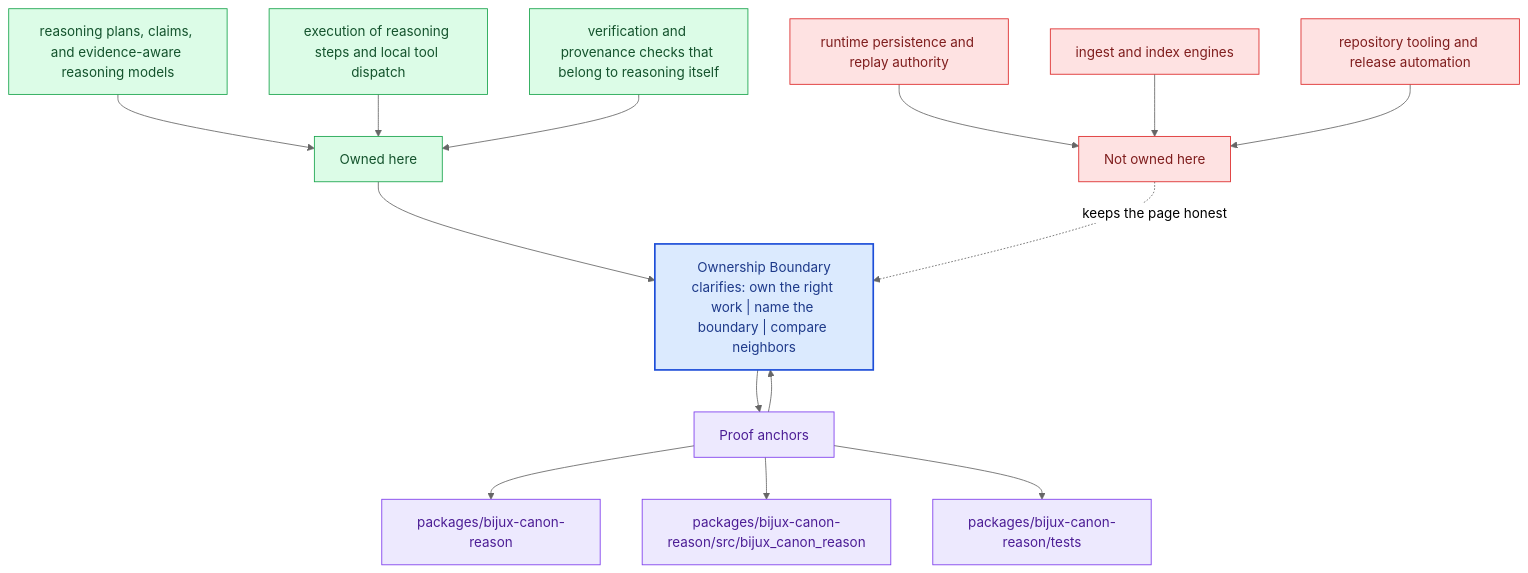
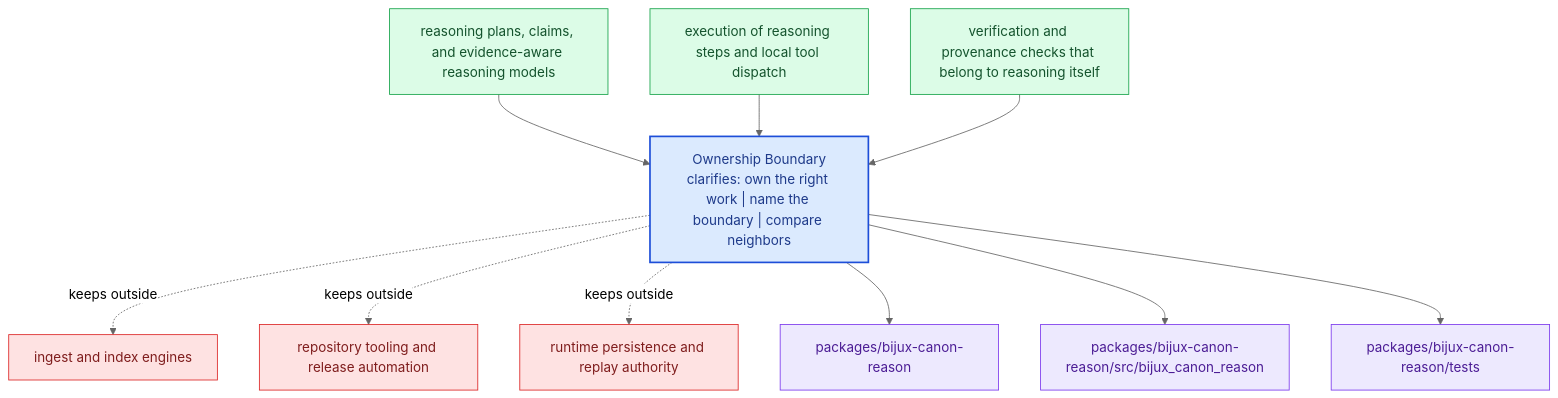
Before and after one commit to bijux/bijux-canon: the diagram in docs/bijux-canon-reason/foundation/ownership-boundary.md, drawn with Mermaid (neutral theme). The commit also changed other lines of this file and 281 other files, not shown here.

Commit message:
docs(diagrams): replace repeated mermaid scaffolds with page-specific summaries

````diff
--- a/docs/bijux-canon-reason/foundation/ownership-boundary.md
+++ b/docs/bijux-canon-reason/foundation/ownership-boundary.md
@@ -68,40 +23,31 @@
 ```mermaid
 flowchart TB
-    promise["Ownership Boundary<br/>clarifies: own the right work | name the boundary | compare neighbors"]
-    classDef promise fill:#dbeafe,stroke:#1d4ed8,color:#1e3a8a,stroke-width:2px;
-    classDef driver fill:#dcfce7,stroke:#16a34a,color:#14532d;
-    classDef constraint fill:#fee2e2,stroke:#dc2626,color:#7f1d1d;
-    classDef ground fill:#ede9fe,stroke:#7c3aed,color:#4c1d95;
-    focus1["Owned here"]
-    focus1 --> promise
-    focus1_1["reasoning plans, claims, and evidence-aware reasoning models"]
-    focus1_1 --> focus1
-    focus1_2["execution of reasoning steps and local tool dispatch"]
-    focus1_2 --> focus1
-    focus1_3["verification and provenance checks that belong to reasoning itself"]
-    focus1_3 --> focus1
-    class focus1 driver;
-    class focus1_1,focus1_2,focus1_3 driver;
-    focus2["Not owned here"]
-    focus2 -.keeps the page honest.-> promise
-    focus2_1["runtime persistence and replay authority"]
-    focus2_1 --> focus2
-    focus2_2["ingest and index engines"]
-    focus2_2 --> focus2
-    focus2_3["repository tooling and release automation"]
-    focus2_3 --> focus2
-    class focus2 constraint;
-    class focus2_1,focus2_2,focus2_3 constraint;
-    focus3["Proof anchors"]
-    focus3 --> promise
-    promise --> focus3
-    focus3_1["packages/bijux-canon-reason"]
-    focus3 --> focus3_1
-    focus3_2["packages/bijux-canon-reason/src/bijux_canon_reason"]
-    focus3 --> focus3_2
-    focus3_3["packages/bijux-canon-reason/tests"]
-    focus3 --> focus3_3
-    class focus3 ground;
-    class focus3_1,focus3_2,focus3_3 ground;
-    class promise promise;
+    page["Ownership Boundary<br/>clarifies: own the right work | name the boundary | compare neighbors"]
+    classDef page fill:#dbeafe,stroke:#1d4ed8,color:#1e3a8a,stroke-width:2px;
+    classDef positive fill:#dcfce7,stroke:#16a34a,color:#14532d;
+    classDef caution fill:#fee2e2,stroke:#dc2626,color:#7f1d1d;
+    classDef anchor fill:#ede9fe,stroke:#7c3aed,color:#4c1d95;
+    classDef action fill:#fef3c7,stroke:#d97706,color:#7c2d12;
+    own1["reasoning plans, claims, and evidence-aware reasoning models"]
+    own1 --> page
+    own2["execution of reasoning steps and local tool dispatch"]
+    own2 --> page
+    own3["verification and provenance checks that belong to reasoning itself"]
+    own3 --> page
+    limit1["ingest and index engines"]
+    page -.keeps outside.-> limit1
+    limit2["repository tooling and release automation"]
+    page -.keeps outside.-> limit2
+    limit3["runtime persistence and replay authority"]
+    page -.keeps outside.-> limit3
+    anchor1["packages/bijux-canon-reason"]
+    page --> anchor1
+    anchor2["packages/bijux-canon-reason/src/bijux_canon_reason"]
+    page --> anchor2
+    anchor3["packages/bijux-canon-reason/tests"]
+    page --> anchor3
+    class page page;
+    class own1,own2,own3 positive;
+    class limit1,limit2,limit3 caution;
+    class anchor1,anchor2,anchor3 anchor;
 ```
````
